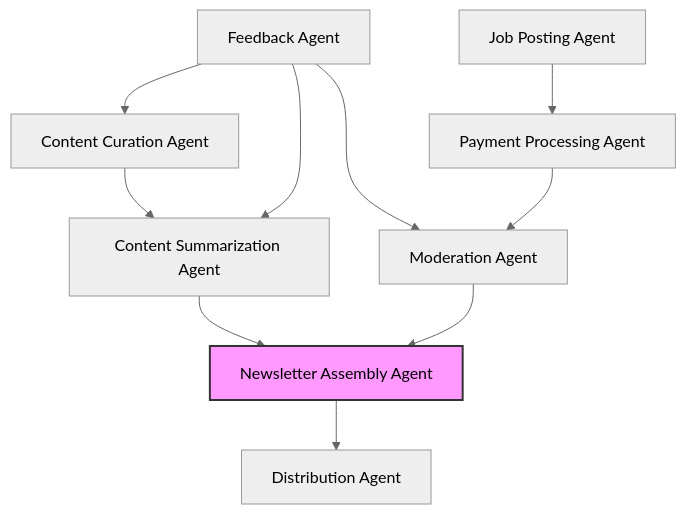
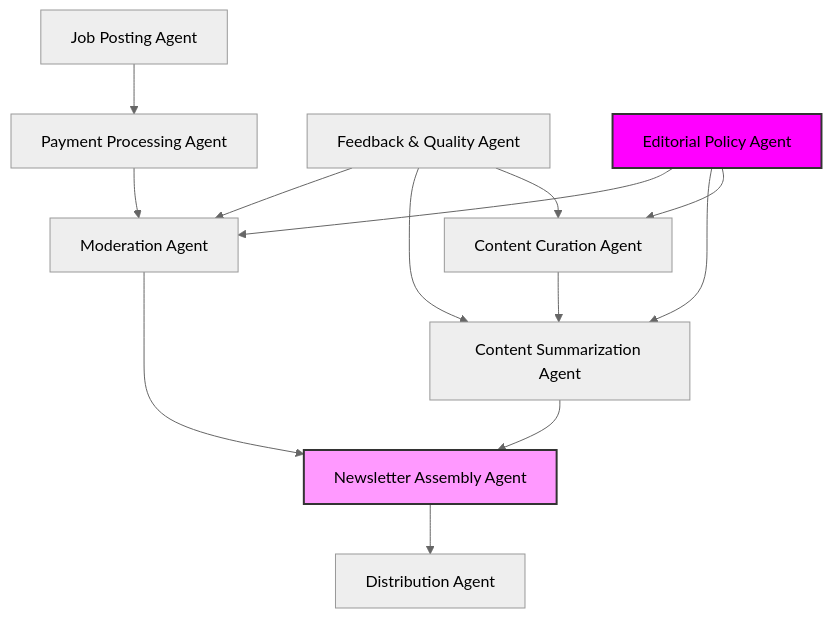
One commit to Agentopians/WeAi changed the diagram in ARCHITECTURE.md. Above: the diagram before and after it, drawn with Mermaid (neutral theme). The commit also changed other lines of this file and 1 other file, not shown here.

Commit message:
feat: Enhance AI agent architecture with editorial policy and quality control agents

````diff
--- a/ARCHITECTURE.md
+++ b/ARCHITECTURE.md
@@ -5,17 +5,22 @@
 ```mermaid
 graph TD
     A[Content Curation Agent] --> B[Content Summarization Agent]
     B --> C[Newsletter Assembly Agent]
     
     D[Job Posting Agent] --> E[Payment Processing Agent]
     E --> F[Moderation Agent]
     F --> C
     
     C --> G[Distribution Agent]
     
-    H[Feedback Agent] --> A
+    H[Feedback & Quality Agent] --> A
     H --> B
     H --> F
     
+    I[Editorial Policy Agent] --> A
+    I --> B
+    I --> F
+    
     style C fill:#f9f,stroke:#333,stroke-width:2px
+    style I fill:#f0f,stroke:#333,stroke-width:2px
 ```
````
